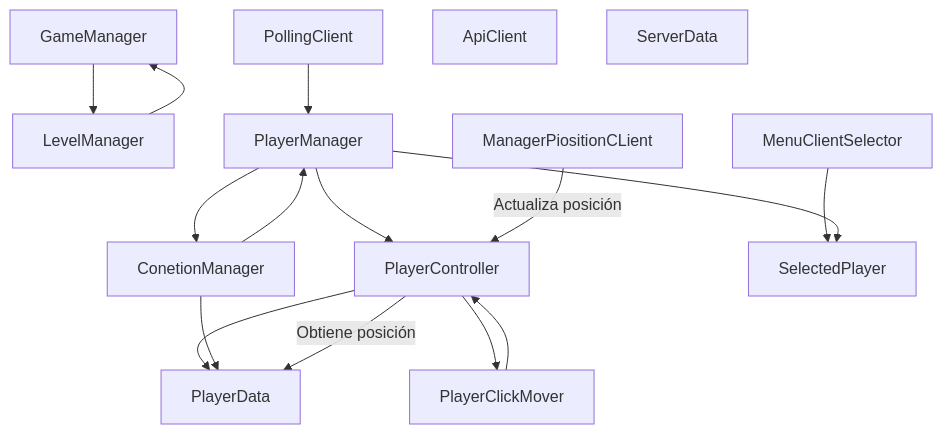
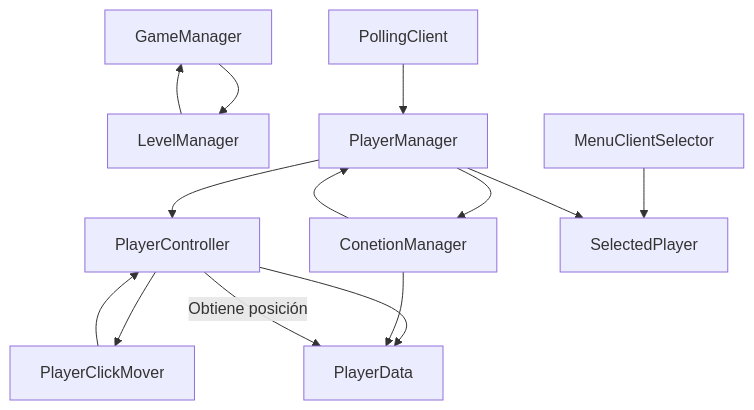
Before and after one commit to sebas64mil/CubePuzzleServerDedicated: the diagram in README.md, drawn with Mermaid.

````diff
--- a/README.md
+++ b/README.md
@@ -90,41 +90,37 @@
 ```mermaid
 flowchart TB
     %% Bootstraps y Managers principales
     GameManager["GameManager"]
     LevelManager["LevelManager"]
     MenuClientSelector["MenuClientSelector"]
     PlayerManager["PlayerManager"]
     ConetionManager["ConetionManager"]
 
     %% Player
     PlayerController["PlayerController"]
     PlayerClickMover["PlayerClickMover"]
     PlayerData["PlayerData"]
     SelectedPlayer["SelectedPlayer"]
 
     %% Network y API
     PollingClient["PollingClient"]
-    ApiClient["ApiClient"]
-    ManagerPiositionCLient["ManagerPiositionCLient"]
-    ServerData["ServerData"]
 
     %% Relaciones principales
     GameManager --> LevelManager
     LevelManager --> GameManager
     MenuClientSelector --> SelectedPlayer
     PlayerManager --> ConetionManager
     PlayerManager --> PlayerController
     PlayerManager --> SelectedPlayer
     PlayerController --> PlayerClickMover
     PlayerController --> PlayerData
     PlayerClickMover --> PlayerController
 
     %% Network/API
     ConetionManager --> PlayerData
     ConetionManager --> PlayerManager
     PollingClient --> PlayerManager
 
     %% Flujo de datos
-    ManagerPiositionCLient -->|Actualiza posición| PlayerController
     PlayerController -->|Obtiene posición| PlayerData
 ```
````
